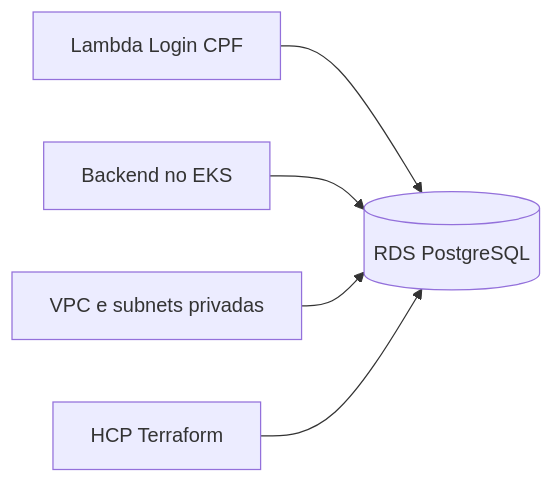
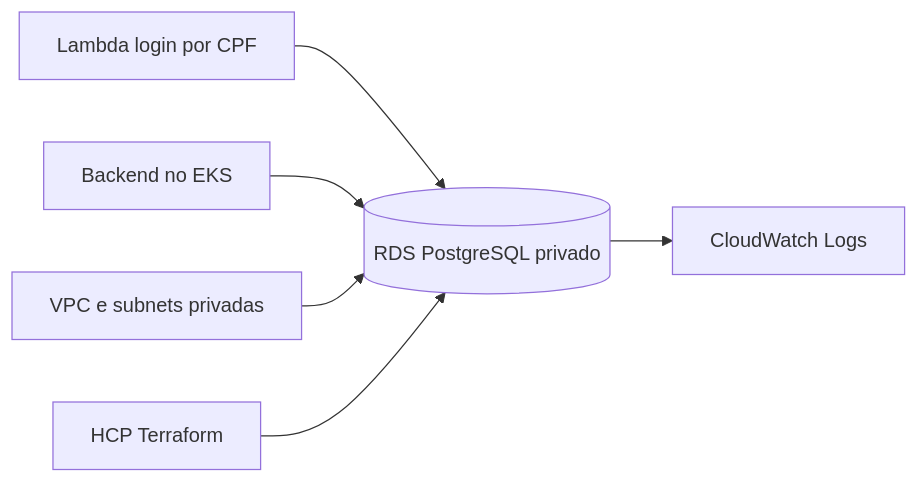
One commit to tiagomiele/oficina-database-infra-fiap-fase3 changed the diagram in README.md. Above: the diagram before and after it, drawn with Mermaid. The commit also changed other lines of this file and 9 other files, not shown here.

````diff
--- a/README.md
+++ b/README.md
@@ -17,7 +21,8 @@
 ```mermaid
 flowchart LR
-    Lambda[Lambda Login CPF] --> RDS[(RDS PostgreSQL)]
+    Lambda[Lambda login por CPF] --> RDS[(RDS PostgreSQL privado)]
     App[Backend no EKS] --> RDS
     VPC[VPC e subnets privadas] --> RDS
     TF[HCP Terraform] --> RDS
+    RDS --> CW[CloudWatch Logs]
 ```
````
